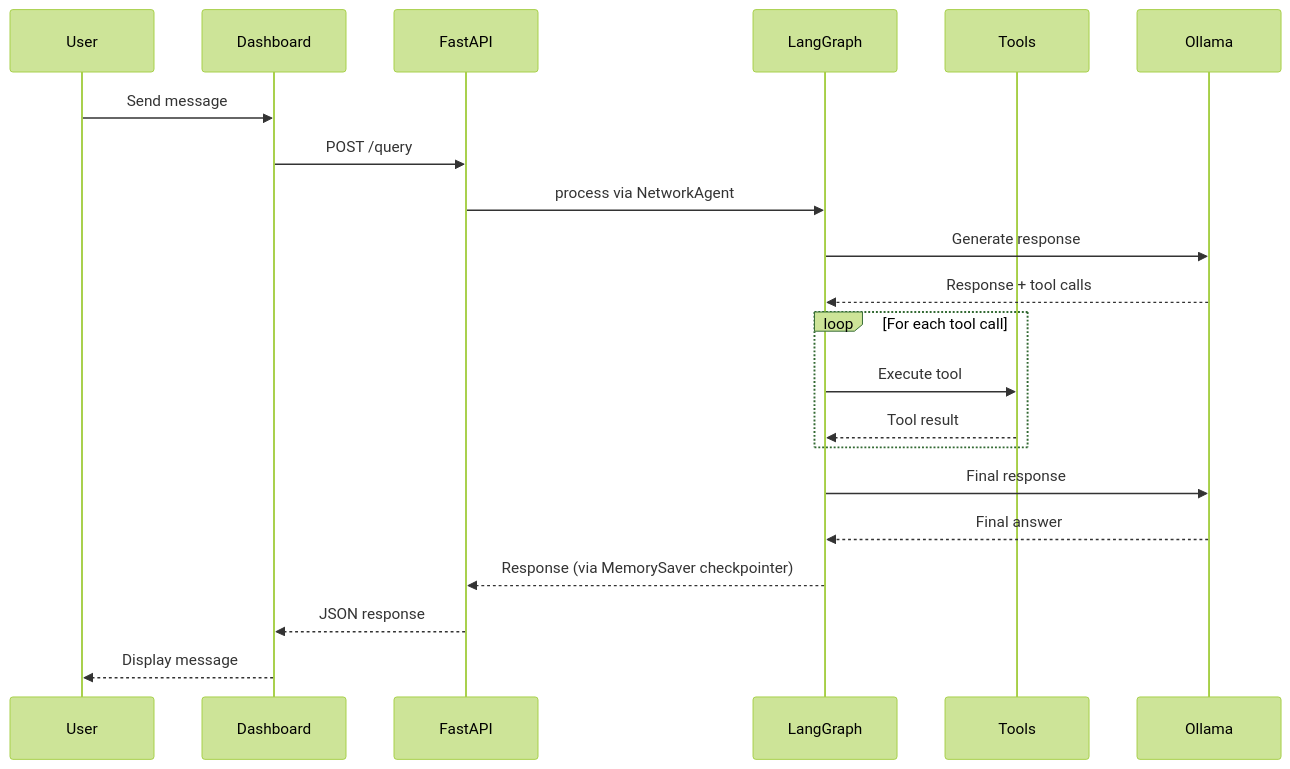
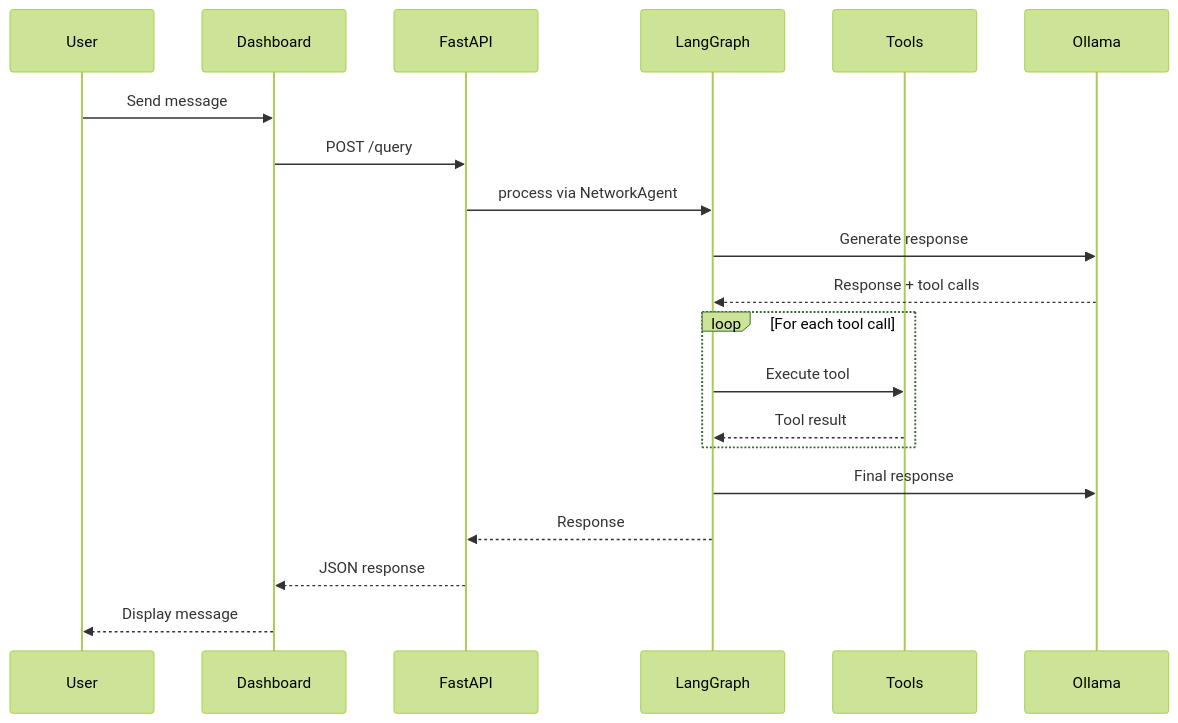
The fourth of 6 diagrams in README.md (IndraSugara/AgenticNet), drawn with Mermaid (forest theme) before and after one commit. The commit also changed other lines of this file and 5 other files, not shown here.

````diff
--- a/README.md
+++ b/README.md
@@ -702,26 +499,25 @@
 ```mermaid
 sequenceDiagram
     participant User
     participant Dashboard
     participant FastAPI
     participant LangGraph
     participant Tools
     participant Ollama
 
     User->>Dashboard: Send message
     Dashboard->>FastAPI: POST /query
     FastAPI->>LangGraph: process via NetworkAgent
     LangGraph->>Ollama: Generate response
     Ollama-->>LangGraph: Response + tool calls
     
     loop For each tool call
         LangGraph->>Tools: Execute tool
         Tools-->>LangGraph: Tool result
     end
     
     LangGraph->>Ollama: Final response
-    Ollama-->>LangGraph: Final answer
-    LangGraph-->>FastAPI: Response (via MemorySaver checkpointer)
+    LangGraph-->>FastAPI: Response
     FastAPI-->>Dashboard: JSON response
     Dashboard-->>User: Display message
 ```
````
